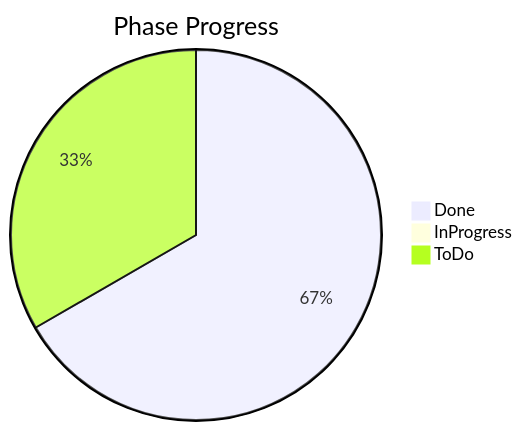
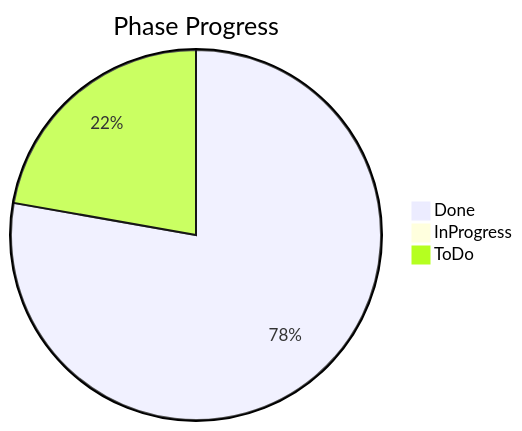
One commit to tdutra-dev/intralogistics-orchestrator changed the second of 3 diagrams in README.md. Above: the diagram before and after it, drawn with Mermaid. The commit also changed other lines of this file, not shown here.

````diff
--- a/README.md
+++ b/README.md
@@ -76,6 +76,6 @@
 ```mermaid
 pie title Phase Progress
-   "Done" : 6
+   "Done" : 7
    "InProgress" : 0
-   "ToDo" : 3
+   "ToDo" : 2
 ```
````
